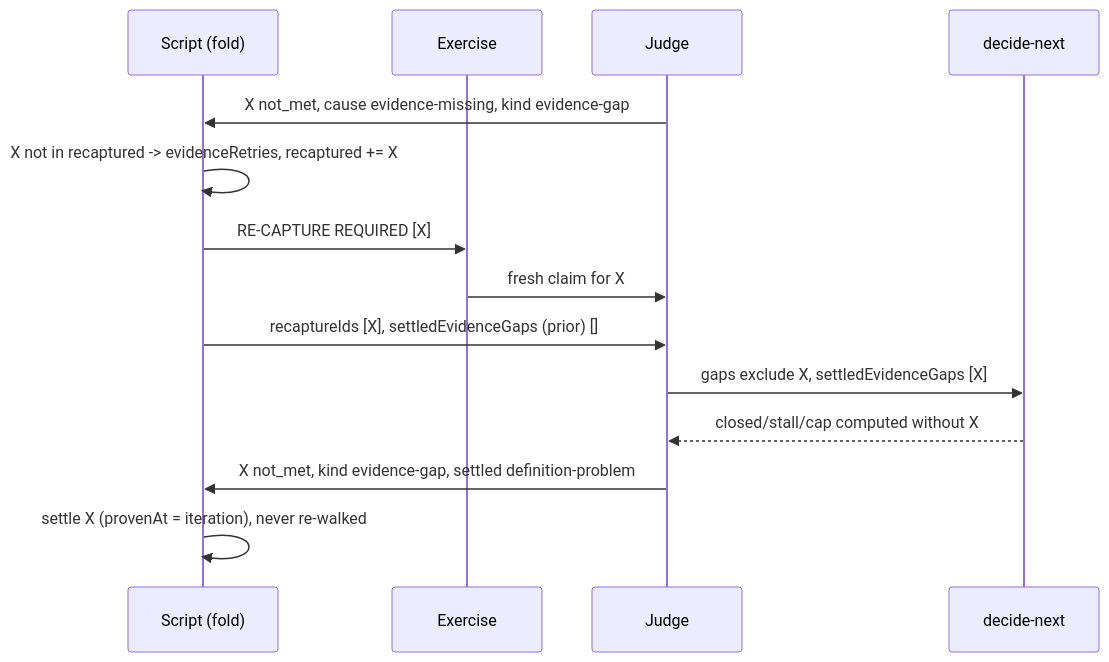
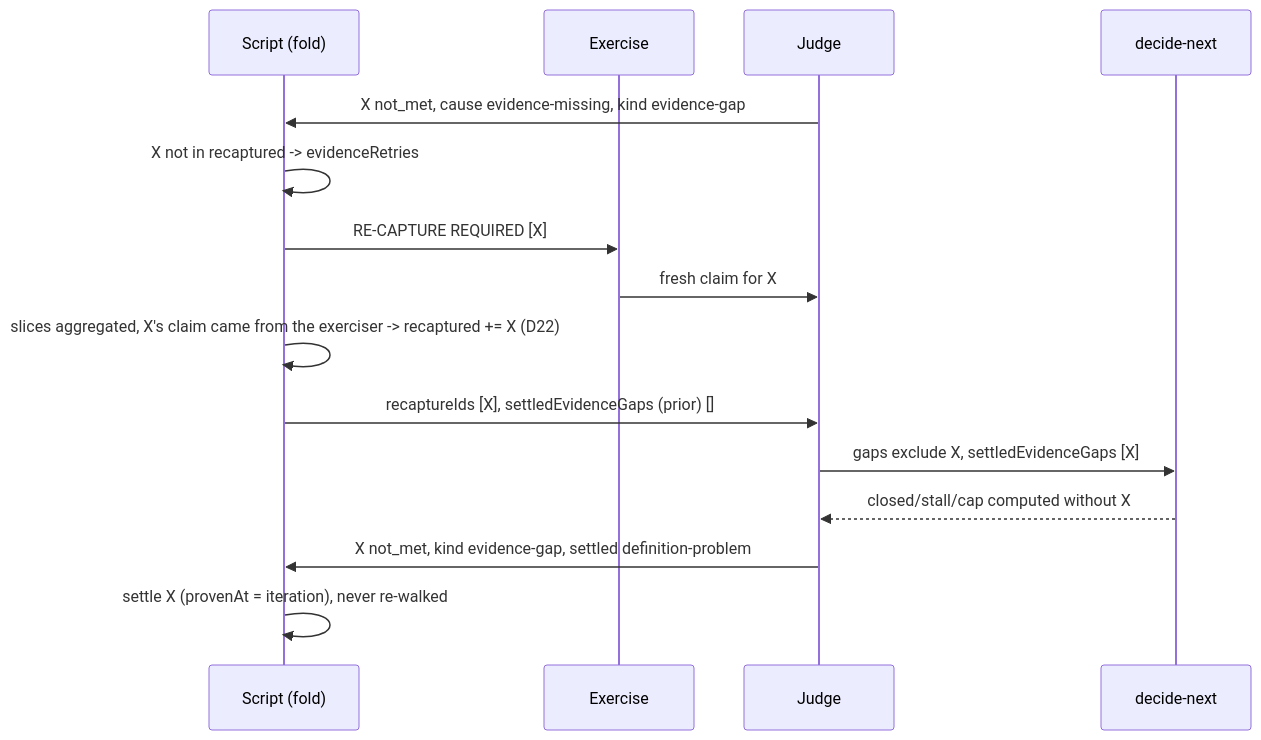
The second of 3 diagrams in docs/TRD/triage-unmet-results-by-kind.md (FortiumPartners/ensemble-vnext), drawn with Mermaid before and after one commit. The commit also changed other lines of this file, not shown here.

````diff
--- a/docs/TRD/triage-unmet-results-by-kind.md
+++ b/docs/TRD/triage-unmet-results-by-kind.md
@@ -196,16 +197,17 @@
 ```mermaid
 sequenceDiagram
     participant S as Script (fold)
     participant E as Exercise
     participant J as Judge
     participant L as decide-next
     J->>S: X not_met, cause evidence-missing, kind evidence-gap
-    S->>S: X not in recaptured -> evidenceRetries, recaptured += X
+    S->>S: X not in recaptured -> evidenceRetries
     S->>E: RE-CAPTURE REQUIRED [X]
     E->>J: fresh claim for X
+    S->>S: slices aggregated, X's claim came from the exerciser -> recaptured += X (D22)
     S->>J: recaptureIds [X], settledEvidenceGaps (prior) []
     J->>L: gaps exclude X, settledEvidenceGaps [X]
     L-->>J: closed/stall/cap computed without X
     J->>S: X not_met, kind evidence-gap, settled definition-problem
     S->>S: settle X (provenAt = iteration), never re-walked
 ```
````
